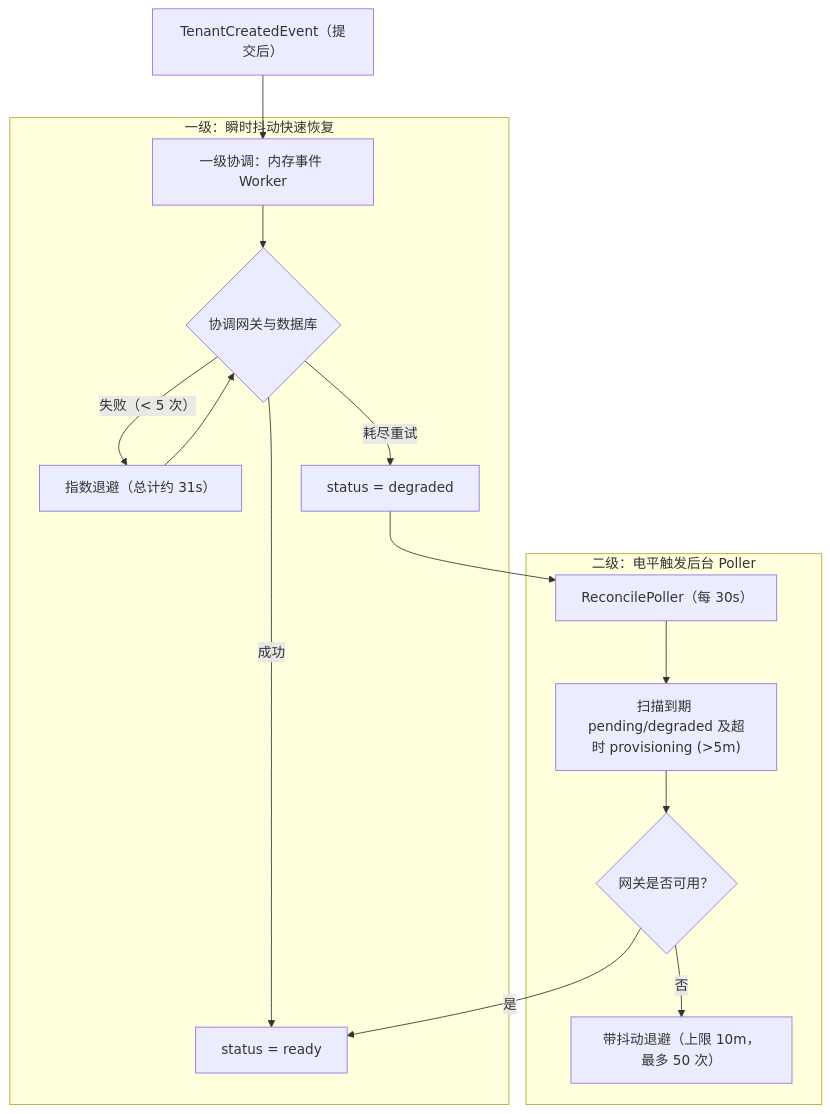
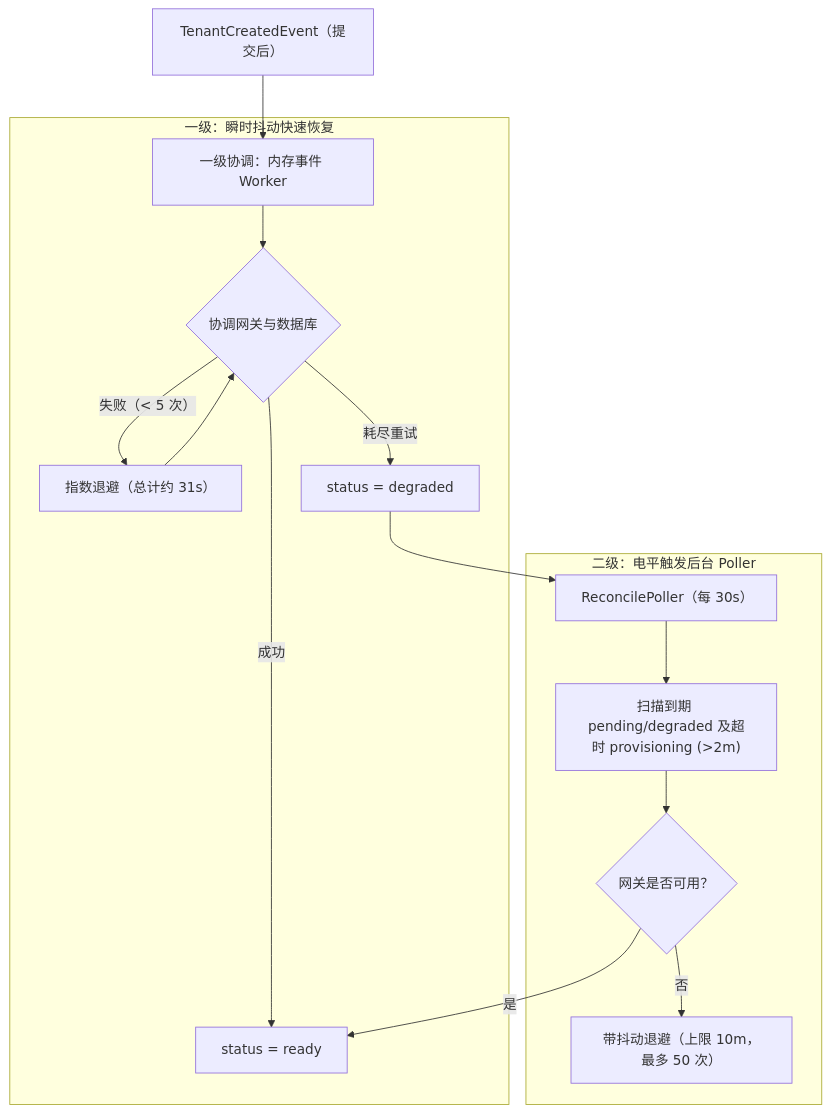
Before and after one commit to Sanderhoff-alt/oh-my-ragflow: the first of 3 diagrams in extensions/model-platform/implementation-plan.zh-CN.md, drawn with Mermaid. The commit also changed other lines of this file and 15 other files, not shown here.

````diff
--- a/extensions/model-platform/implementation-plan.zh-CN.md
+++ b/extensions/model-platform/implementation-plan.zh-CN.md
@@ -179,17 +179,17 @@
 ```mermaid
 flowchart TD
     CommitEvent["TenantCreatedEvent（提交后）"] --> Tier1Queue["一级协调：内存事件 Worker"]
     subgraph Tier1 ["一级：瞬时抖动快速恢复"]
         Tier1Queue --> TryReconcile{"协调网关与数据库"}
         TryReconcile -->|"成功"| SetReady["status = ready"]
         TryReconcile -->|"失败（< 5 次）"| Backoff1["指数退避（总计约 31s）"] --> TryReconcile
         TryReconcile -->|"耗尽重试"| SetDegraded["status = degraded"]
     end
     subgraph Tier2 ["二级：电平触发后台 Poller"]
-        Poller["ReconcilePoller（每 30s）"] --> FindDue["扫描到期 pending/degraded 及超时 provisioning (>5m)"]
+        Poller["ReconcilePoller（每 30s）"] --> FindDue["扫描到期 pending/degraded 及超时 provisioning (>2m)"]
         FindDue --> TryHeal{"网关是否可用？"}
         TryHeal -->|"是"| SetReady
         TryHeal -->|"否"| Backoff2["带抖动退避（上限 10m，最多 50 次）"]
     end
     SetDegraded --> Poller
 ```
````
